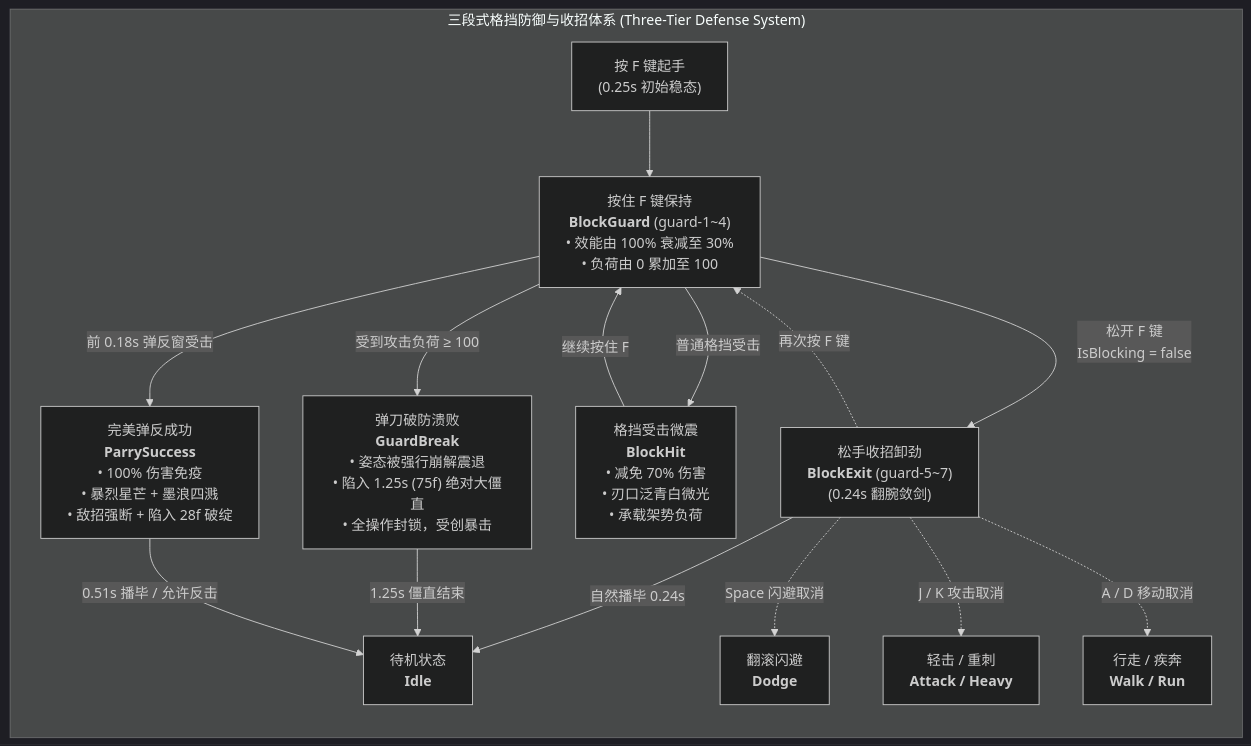
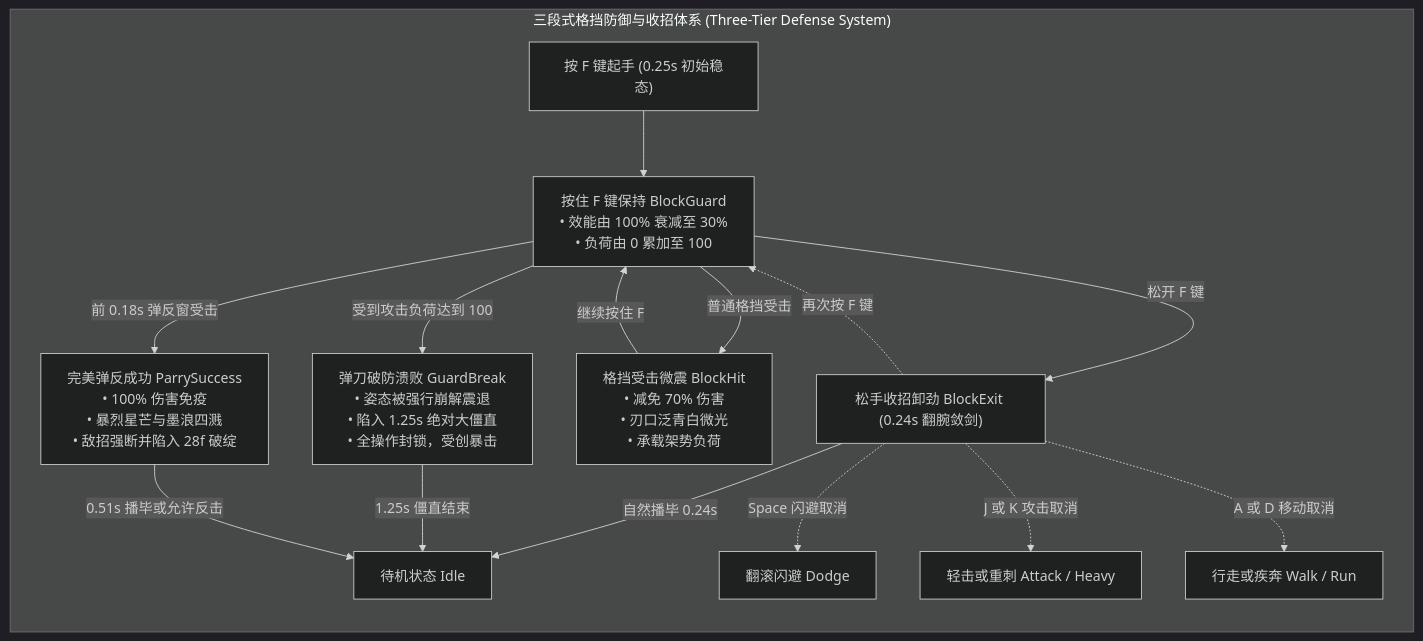
One commit to luyushu-shu/daoying-jianghu changed the first of 5 diagrams in README.md. Above: the diagram before and after it, drawn with Mermaid (dark theme). The commit also changed other lines of this file, not shown here.

Commit message:
fix(readme): quote mermaid edge labels and sanitize syntax for github rich display

````diff
--- a/README.md
+++ b/README.md
@@ -72,23 +72,23 @@
 ```mermaid
 flowchart TD
     subgraph DEFENSE ["三段式格挡防御与收招体系 (Three-Tier Defense System)"]
         direction TB
-        START["按 F 键起手<br/>(0.25s 初始稳态)"] --> HOLD["按住 F 键保持<br/><b>BlockGuard</b> (guard-1~4)<br/>• 效能由 100% 衰减至 30%<br/>• 负荷由 0 累加至 100"]
+        START["按 F 键起手 (0.25s 初始稳态)"] --> HOLD["按住 F 键保持 BlockGuard<br/>• 效能由 100% 衰减至 30%<br/>• 负荷由 0 累加至 100"]
         
-        HOLD -->|松开 F 键<br/>IsBlocking = false| EXIT["松手收招卸劲<br/><b>BlockExit</b> (guard-5~7)<br/>(0.24s 翻腕敛剑)"]
+        HOLD -->|"松开 F 键"| EXIT["松手收招卸劲 BlockExit (0.24s 翻腕敛剑)"]
         
-        EXIT -->|自然播毕 0.24s| IDLE["待机状态<br/><b>Idle</b>"]
-        EXIT -.->|Space 闪避取消| DODGE["翻滚闪避<br/><b>Dodge</b>"]
-        EXIT -.->|J / K 攻击取消| ATK["轻击 / 重刺<br/><b>Attack / Heavy</b>"]
-        EXIT -.->|A / D 移动取消| MOVE["行走 / 疾奔<br/><b>Walk / Run</b>"]
-        EXIT -.->|再次按 F 键| HOLD
+        EXIT -->|"自然播毕 0.24s"| IDLE["待机状态 Idle"]
+        EXIT -.->|"Space 闪避取消"| DODGE["翻滚闪避 Dodge"]
+        EXIT -.->|"J 或 K 攻击取消"| ATK["轻击或重刺 Attack / Heavy"]
+        EXIT -.->|"A 或 D 移动取消"| MOVE["行走或疾奔 Walk / Run"]
+        EXIT -.->|"再次按 F 键"| HOLD
         
-        HOLD -->|前 0.18s 弹反窗受击| PARRY["完美弹反成功<br/><b>ParrySuccess</b><br/>• 100% 伤害免疫<br/>• 暴烈星芒 + 墨浪四溅<br/>• 敌招强断 + 陷入 28f 破绽"]
-        HOLD -->|普通格挡受击| HIT["格挡受击微震<br/><b>BlockHit</b><br/>• 减免 70% 伤害<br/>• 刃口泛青白微光<br/>• 承载架势负荷"]
-        HIT -->|继续按住 F| HOLD
+        HOLD -->|"前 0.18s 弹反窗受击"| PARRY["完美弹反成功 ParrySuccess<br/>• 100% 伤害免疫<br/>• 暴烈星芒与墨浪四溅<br/>• 敌招强断并陷入 28f 破绽"]
+        HOLD -->|"普通格挡受击"| HIT["格挡受击微震 BlockHit<br/>• 减免 70% 伤害<br/>• 刃口泛青白微光<br/>• 承载架势负荷"]
+        HIT -->|"继续按住 F"| HOLD
         
-        HOLD -->|受到攻击负荷 ≥ 100| BREAK["弹刀破防溃败<br/><b>GuardBreak</b><br/>• 姿态被强行崩解震退<br/>• 陷入 1.25s (75f) 绝对大僵直<br/>• 全操作封锁，受创暴击"]
-        BREAK -->|1.25s 僵直结束| IDLE
-        PARRY -->|0.51s 播毕 / 允许反击| IDLE
+        HOLD -->|"受到攻击负荷达到 100"| BREAK["弹刀破防溃败 GuardBreak<br/>• 姿态被强行崩解震退<br/>• 陷入 1.25s 绝对大僵直<br/>• 全操作封锁，受创暴击"]
+        BREAK -->|"1.25s 僵直结束"| IDLE
+        PARRY -->|"0.51s 播毕或允许反击"| IDLE
     end
 ```
````
